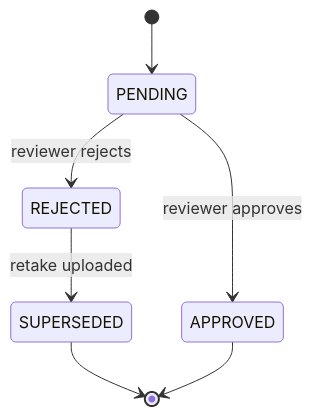
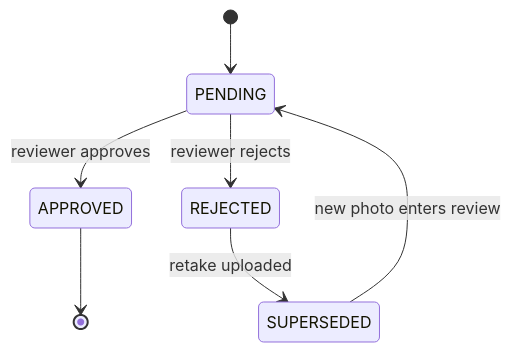
Before and after one commit to VisualGraphxLLC/NewPOPSys: the diagram in 05_Wireframes/diagrams/11-photo-review-status.md, drawn with Mermaid. The commit also changed other lines of this file, not shown here.

Commit message:
Fix PhotoReviewStatus diagram to loop back to PENDING after retake

````diff
--- a/05_Wireframes/diagrams/11-photo-review-status.md
+++ b/05_Wireframes/diagrams/11-photo-review-status.md
@@ -5,12 +5,12 @@
 ```mermaid
 stateDiagram-v2
   [*] --> PENDING
 
   PENDING --> APPROVED : reviewer approves
   PENDING --> REJECTED : reviewer rejects
 
   REJECTED --> SUPERSEDED : retake uploaded
-  SUPERSEDED --> [*]
+  SUPERSEDED --> PENDING : new photo enters review
 
   APPROVED --> [*]
 ```
````
